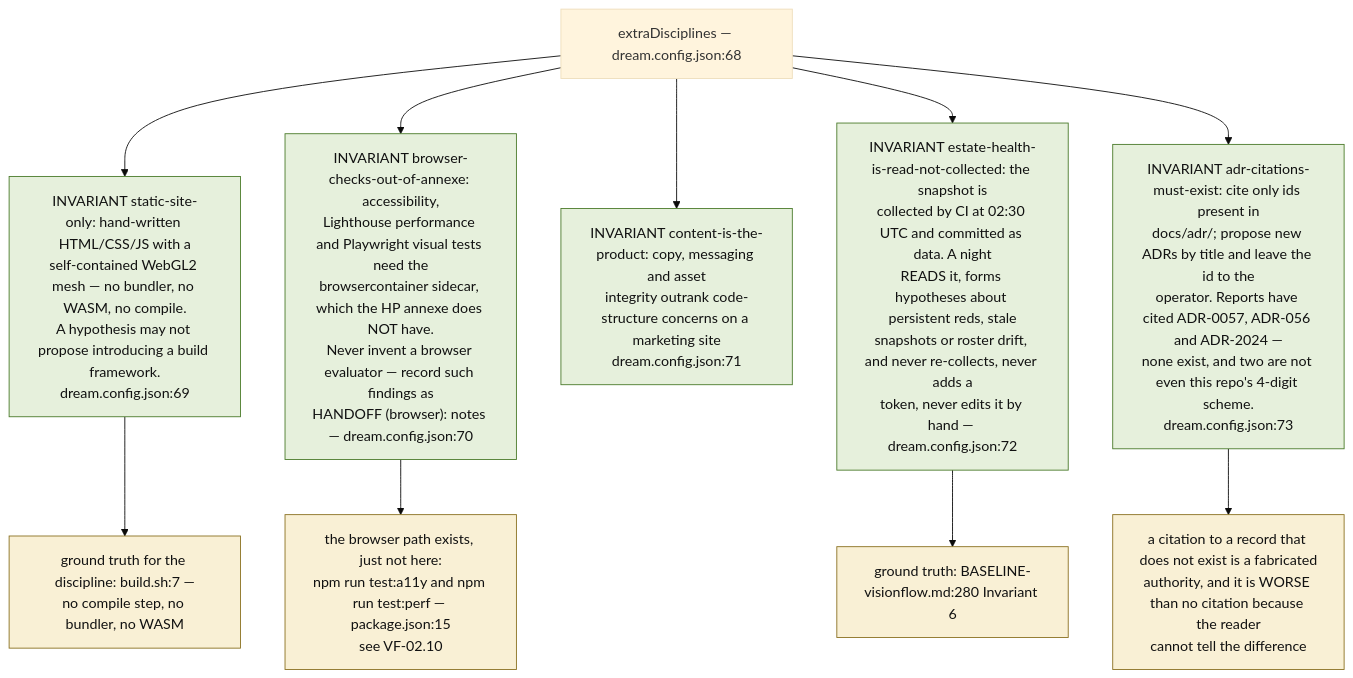
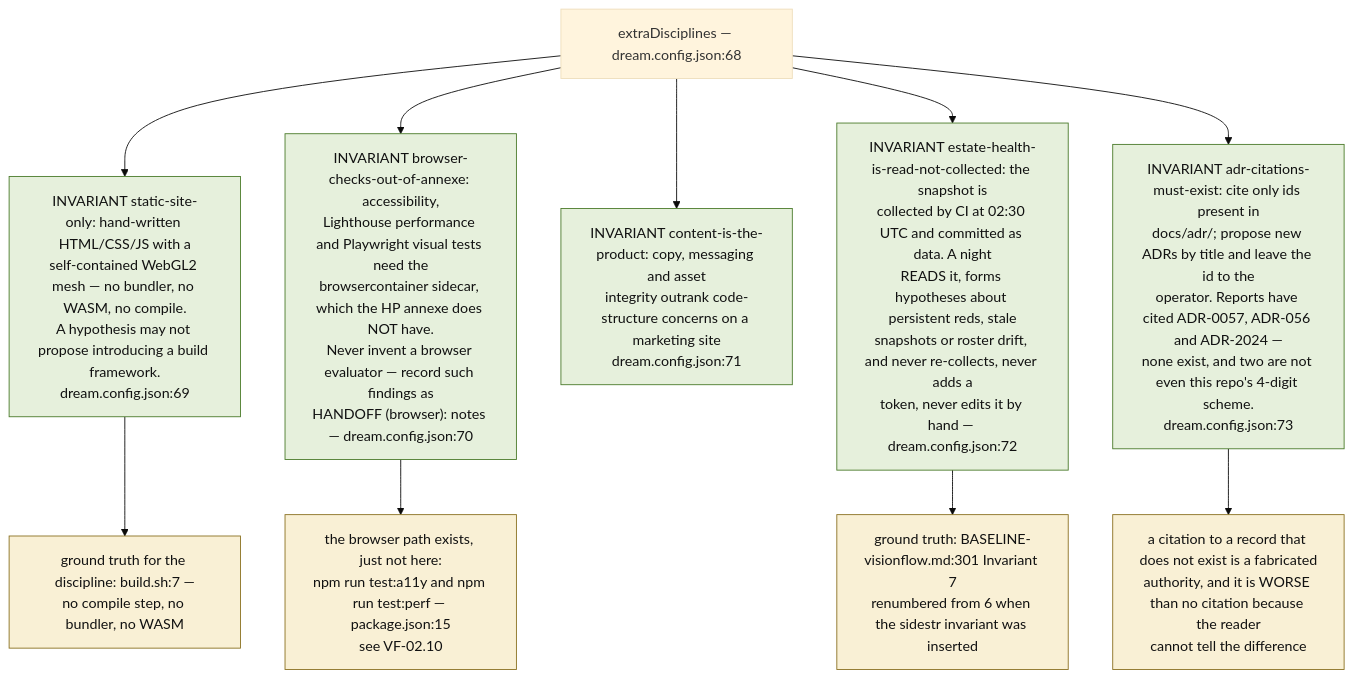
The sixth of 9 diagrams in docs/diagrams/visionflow/04-dream-cycle-integration.md (DreamLab-AI/VisionFlow), drawn with Mermaid (base theme) before and after one commit. The commit also changed other lines of this file and 94 other files, not shown here.

First line of the commit message:
docs(diagrams): re-verify 130 topics against 2 October HEADs

````diff
--- a/docs/diagrams/visionflow/04-dream-cycle-integration.md
+++ b/docs/diagrams/visionflow/04-dream-cycle-integration.md
@@ -186,18 +186,18 @@
 ```mermaid
 flowchart TB
     classDef inv fill:#e6f0dc,stroke:#4a7a2a,color:#111
     classDef warn fill:#f9f0d5,stroke:#8a7020,color:#111
 
     D["extraDisciplines — dream.config.json:68"]
 
     D --> G1["INVARIANT static-site-only: hand-written HTML/CSS/JS with a<br/>self-contained WebGL2 mesh — no bundler, no WASM, no compile.<br/>A hypothesis may not propose introducing a build framework.<br/>dream.config.json:69"]:::inv
     D --> G2["INVARIANT browser-checks-out-of-annexe: accessibility,<br/>Lighthouse performance and Playwright visual tests need the<br/>browsercontainer sidecar, which the HP annexe does NOT have.<br/>Never invent a browser evaluator — record such findings as<br/>HANDOFF (browser): notes — dream.config.json:70"]:::inv
     D --> G3["INVARIANT content-is-the-product: copy, messaging and asset<br/>integrity outrank code-structure concerns on a marketing site<br/>dream.config.json:71"]:::inv
     D --> G4["INVARIANT estate-health-is-read-not-collected: the snapshot is<br/>collected by CI at 02:30 UTC and committed as data. A night<br/>READS it, forms hypotheses about persistent reds, stale<br/>snapshots or roster drift, and never re-collects, never adds a<br/>token, never edits it by hand — dream.config.json:72"]:::inv
     D --> G5["INVARIANT adr-citations-must-exist: cite only ids present in<br/>docs/adr/; propose new ADRs by title and leave the id to the<br/>operator. Reports have cited ADR-0057, ADR-056 and ADR-2024 —<br/>none exist, and two are not even this repo's 4-digit scheme.<br/>dream.config.json:73"]:::inv
 
     G5 --> WHY["a citation to a record that does not exist is a fabricated<br/>authority, and it is WORSE than no citation because the reader<br/>cannot tell the difference"]:::warn
     G2 --> LOCAL["the browser path exists, just not here:<br/>npm run test:a11y and npm run test:perf — package.json:15<br/>see VF-02.10"]:::warn
     G1 --> SRC["ground truth for the discipline: build.sh:7 —<br/>no compile step, no bundler, no WASM"]:::warn
-    G4 --> SRC2["ground truth: BASELINE-visionflow.md:280 Invariant 6"]:::warn
+    G4 --> SRC2["ground truth: BASELINE-visionflow.md:301 Invariant 7<br/>renumbered from 6 when the sidestr invariant was inserted"]:::warn
 ```
````
